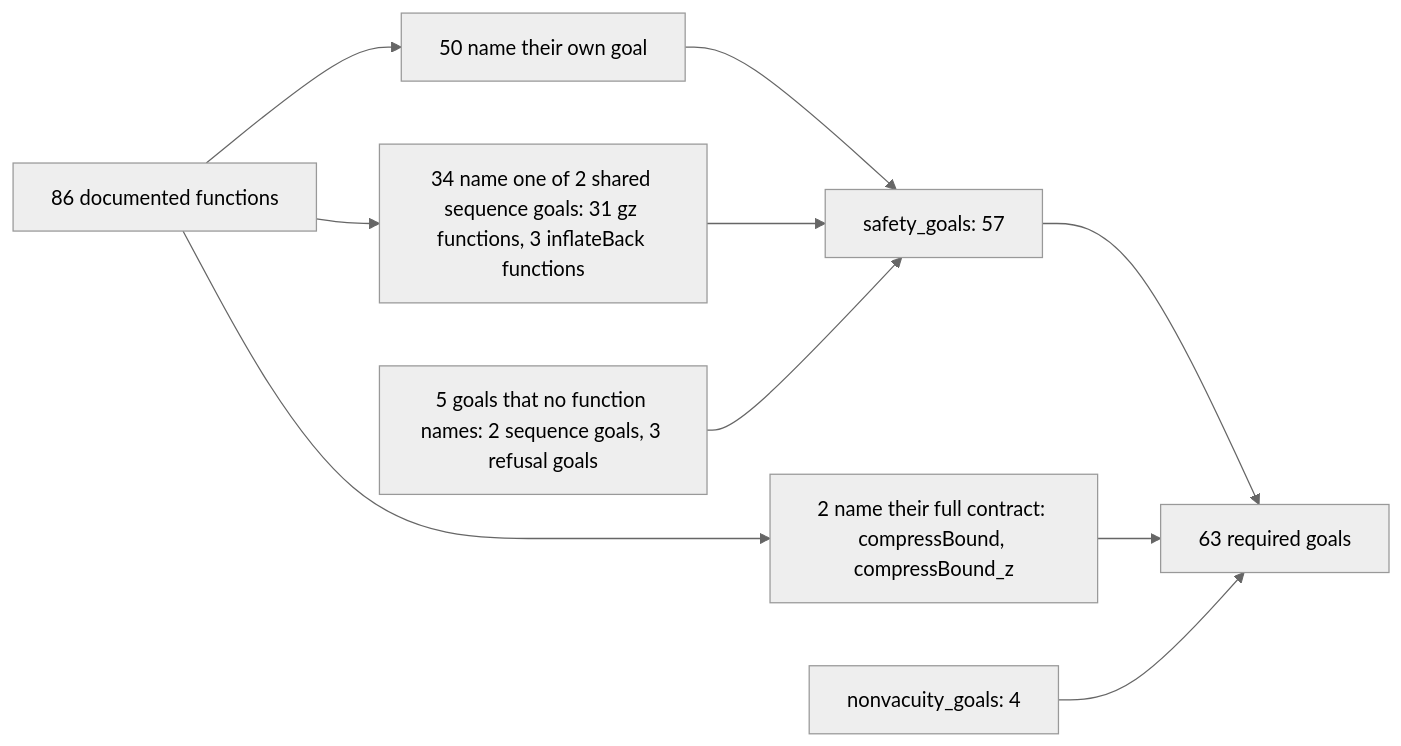
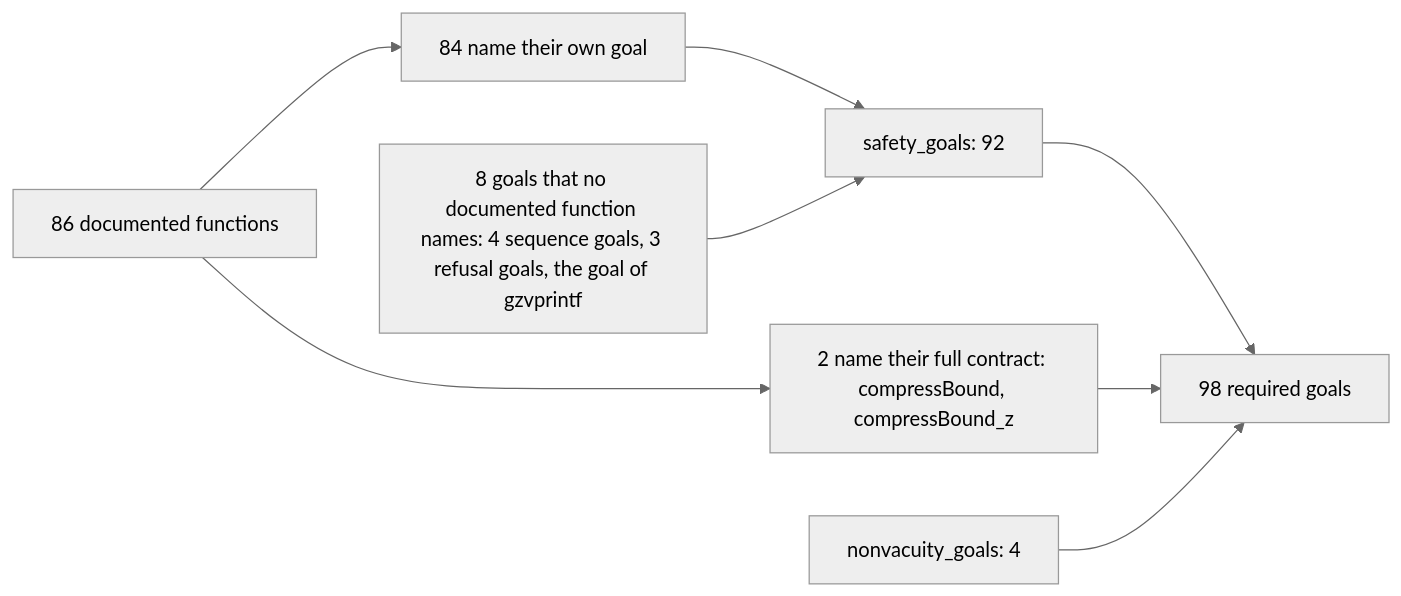
The diagram in docs/checking/goals.md (cla7aye15I4nd/oss-proof), drawn with Mermaid (neutral theme) before and after one commit. The commit also changed other lines of this file and 7 other files, not shown here.

First line of the commit message:
Checking pages: the required set is 98 goals, and no function shares a safety goal

````diff
--- a/docs/checking/goals.md
+++ b/docs/checking/goals.md
@@ -48,12 +50,10 @@
 ```mermaid
 flowchart LR
-    D["86 documented functions"] --> O["50 name their own goal"]
-    D --> S["34 name one of 2 shared sequence goals: 31 gz functions, 3 inflateBack functions"]
+    D["86 documented functions"] --> O["84 name their own goal"]
     D --> C["2 name their full contract: compressBound, compressBound_z"]
-    O --> G["safety_goals: 57"]
-    S --> G
-    Q["5 goals that no function names: 2 sequence goals, 3 refusal goals"] --> G
-    G --> R["63 required goals"]
+    O --> G["safety_goals: 92"]
+    Q["8 goals that no documented function names: 4 sequence goals, 3 refusal goals, the goal of gzvprintf"] --> G
+    G --> R["98 required goals"]
     C --> R
     N["nonvacuity_goals: 4"] --> R
 ```
````
